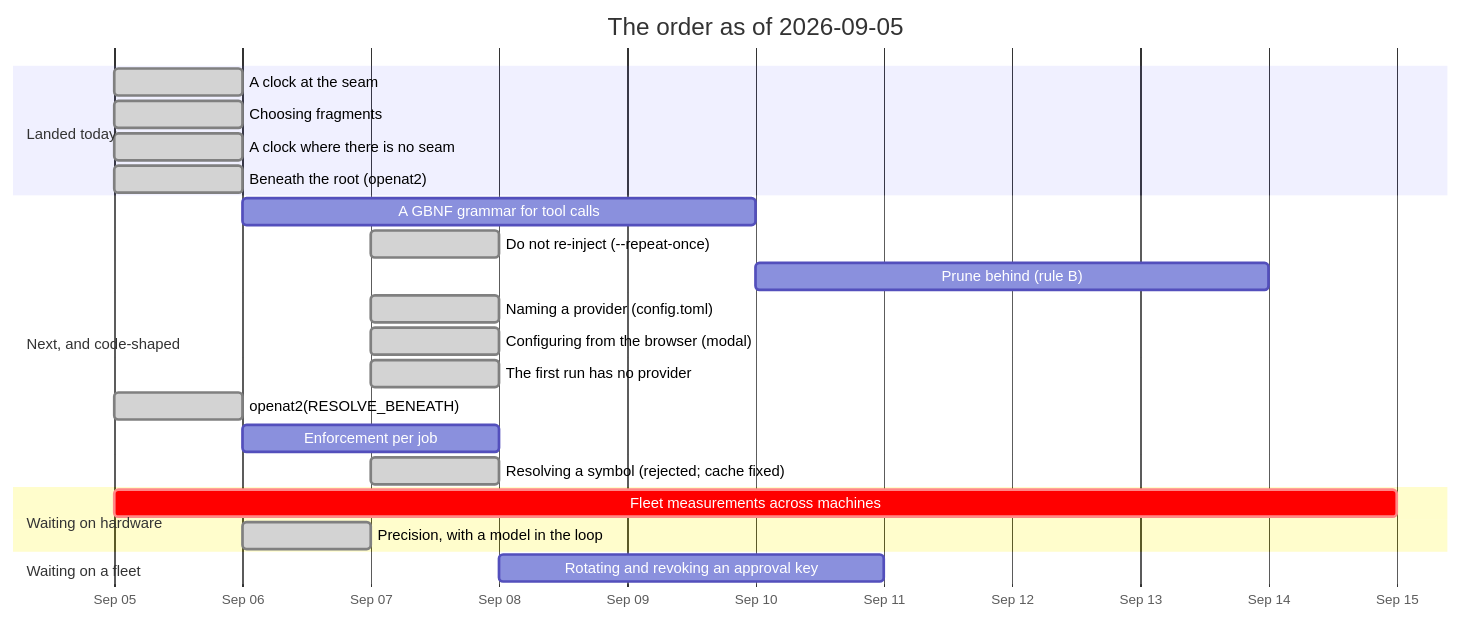
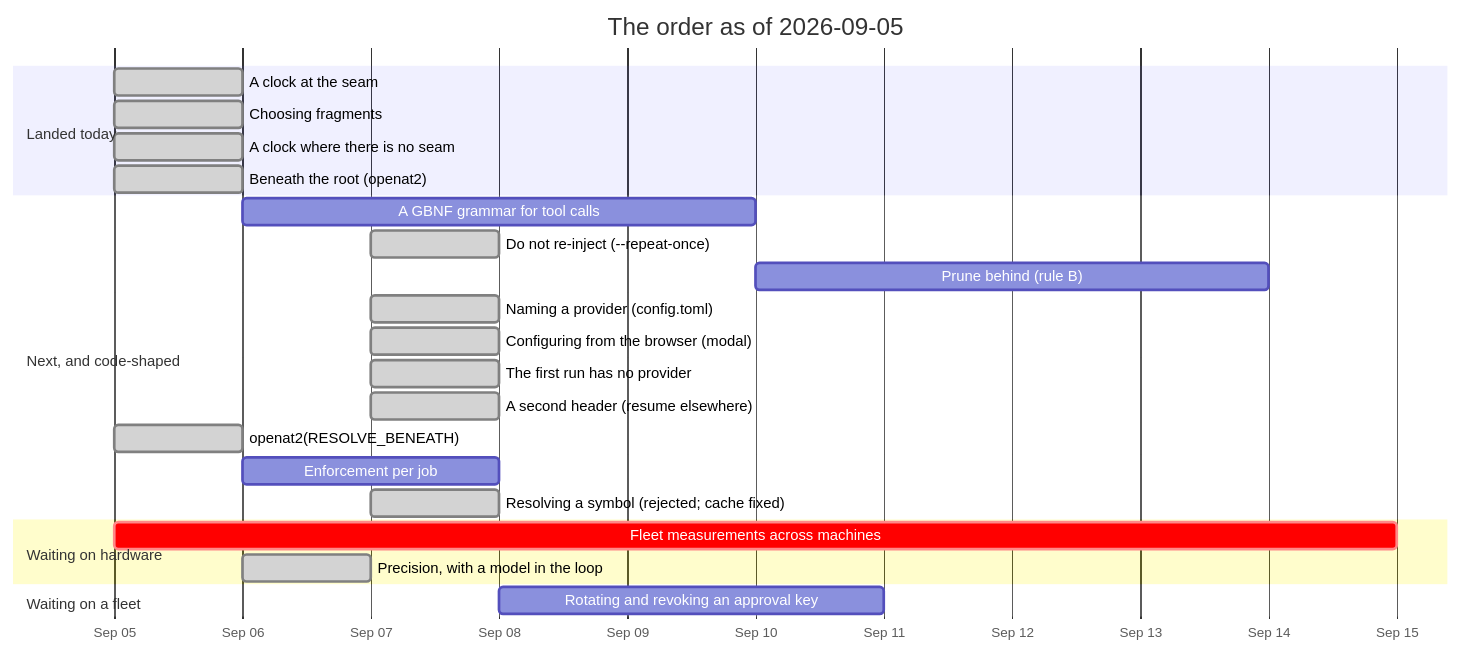
Before and after one commit to jgermade/luu: the diagram in ROADMAP/2026-09-05/README.md, drawn with Mermaid. The commit also changed other lines of this file and 7 other files, not shown here.

````diff
--- a/ROADMAP/2026-09-05/README.md
+++ b/ROADMAP/2026-09-05/README.md
@@ -46,26 +48,27 @@
 ```mermaid
 gantt
     title The order as of 2026-09-05
     dateFormat YYYY-MM-DD
     axisFormat %b %d
     section Landed today
     A clock at the seam                    :done, clock, 2026-09-05, 1d
     Choosing fragments                     :done, frag, 2026-09-05, 1d
     A clock where there is no seam         :done, hostclock, 2026-09-05, 1d
     Beneath the root (openat2)             :done, toctou2, 2026-09-05, 1d
     section Next, and code-shaped
     A GBNF grammar for tool calls          :gbnf, 2026-09-06, 4d
     Do not re-inject (--repeat-once)       :done, reinject, 2026-09-07, 1d
     Prune behind (rule B)                  :prune, after gbnf, 4d
     Naming a provider (config.toml)        :done, prov, 2026-09-07, 1d
     Configuring from the browser (modal)   :done, modal, 2026-09-07, 1d
     The first run has no provider          :done, firstrun, 2026-09-07, 1d
+    A second header (resume elsewhere)     :done, resume, 2026-09-07, 1d
     openat2(RESOLVE_BENEATH)               :done, toctou, 2026-09-05, 1d
     Enforcement per job                    :enf, 2026-09-06, 2d
     Resolving a symbol (rejected; cache fixed) :done, sym, 2026-09-07, 1d
     section Waiting on hardware
     Fleet measurements across machines     :crit, bench, 2026-09-05, 10d
     Precision, with a model in the loop    :done, prec, 2026-09-06, 1d
     section Waiting on a fleet
     Rotating and revoking an approval key  :keys, after enf, 3d
 ```
````
